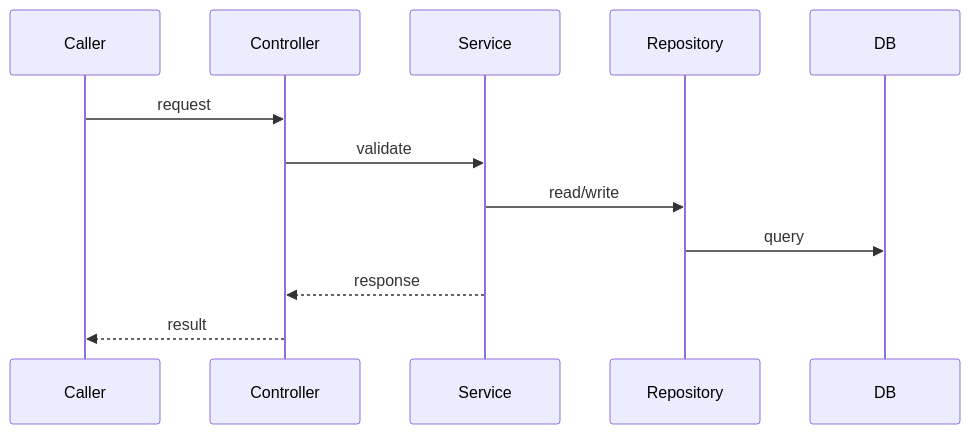
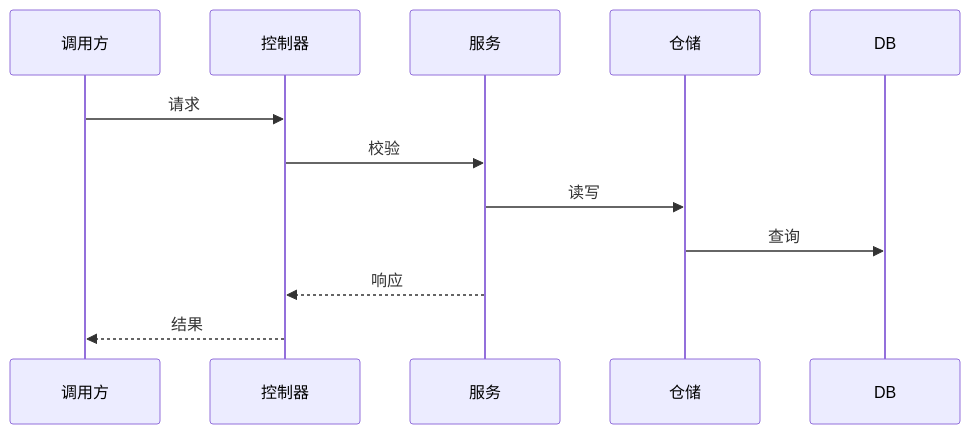
Before and after one commit to WangXianan456/repo-global-map: the fourth of 6 diagrams in templates/02-system-diagrams.md, drawn with Mermaid. The commit also changed other lines of this file and 16 other files, not shown here.

````diff
--- a/templates/02-system-diagrams.md
+++ b/templates/02-system-diagrams.md
@@ -82,14 +82,14 @@
 ```mermaid
 sequenceDiagram
-participant U as Caller
-participant G as Controller
-participant S as Service
-participant R as Repository
+participant U as 调用方
+participant G as 控制器
+participant S as 服务
+participant R as 仓储
 participant D as DB
-U->>G: request
-G->>S: validate
-S->>R: read/write
-R->>D: query
-S-->>G: response
-G-->>U: result
+U->>G: 请求
+G->>S: 校验
+S->>R: 读写
+R->>D: 查询
+S-->>G: 响应
+G-->>U: 结果
 ```
````
